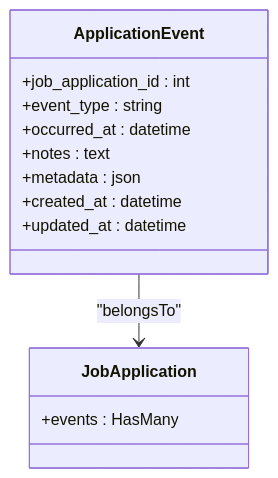
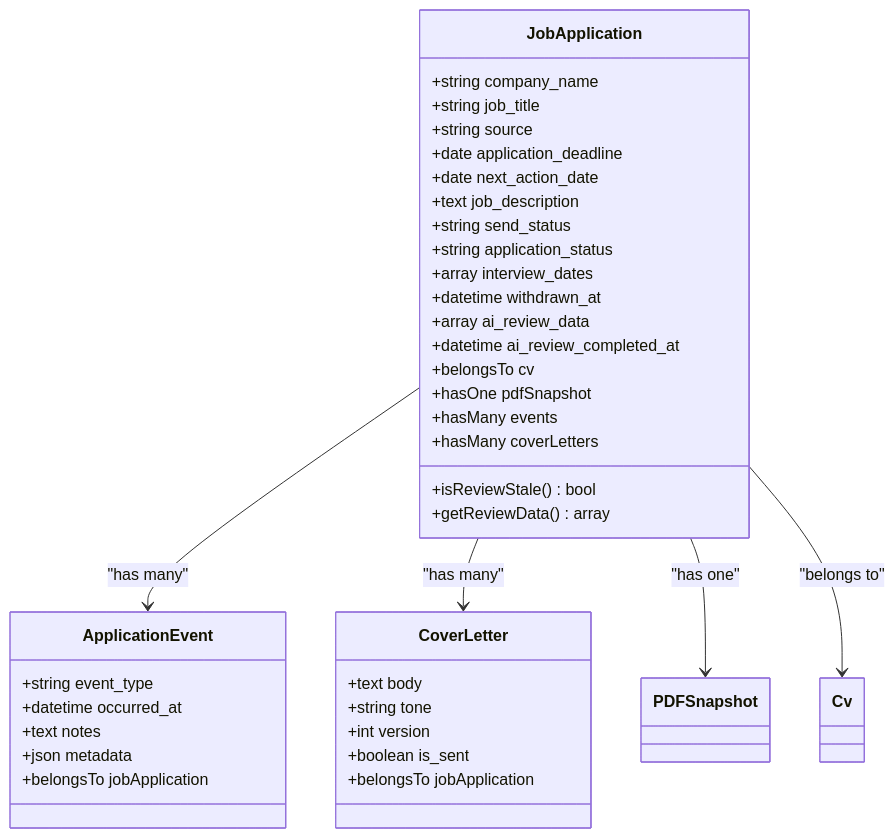
Before and after one commit to withoutfanfare/cv-builder: the fourth of 8 diagrams in .qoder/repowiki/en/content/Architecture & Design/Architecture & Design.md, drawn with Mermaid. The commit also changed other lines of this file and 128 other files, not shown here.

````diff
--- a/.qoder/repowiki/en/content/Architecture & Design/Architecture & Design.md
+++ b/.qoder/repowiki/en/content/Architecture & Design/Architecture & Design.md
@@ -252,16 +196,41 @@
 ```mermaid
 classDiagram
+class JobApplication {
++string company_name
++string job_title
++string source
++date application_deadline
++date next_action_date
++text job_description
++string send_status
++string application_status
++array interview_dates
++datetime withdrawn_at
++array ai_review_data
++datetime ai_review_completed_at
++belongsTo cv
++hasOne pdfSnapshot
++hasMany events
++hasMany coverLetters
++isReviewStale() bool
++getReviewData() array
+}
 class ApplicationEvent {
-+job_application_id : int
-+event_type : string
-+occurred_at : datetime
-+notes : text
-+metadata : json
-+created_at : datetime
-+updated_at : datetime
++string event_type
++datetime occurred_at
++text notes
++json metadata
++belongsTo jobApplication
 }
-class JobApplication {
-+events : HasMany
+class CoverLetter {
++text body
++string tone
++int version
++boolean is_sent
++belongsTo jobApplication
 }
-ApplicationEvent --> JobApplication : "belongsTo"
+JobApplication --> ApplicationEvent : "has many"
+JobApplication --> CoverLetter : "has many"
+JobApplication --> PDFSnapshot : "has one"
+JobApplication --> Cv : "belongs to"
 ```
````
